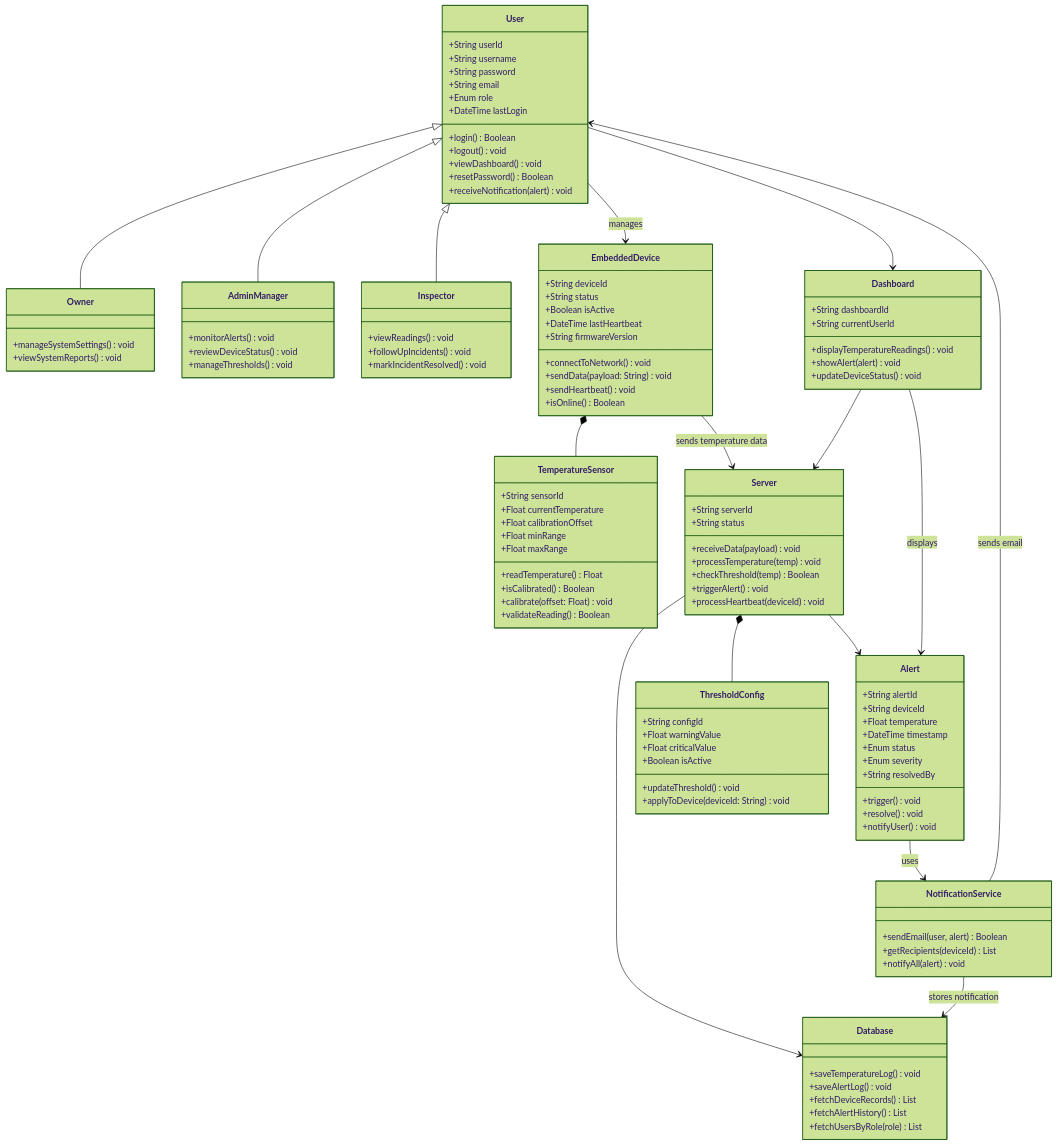
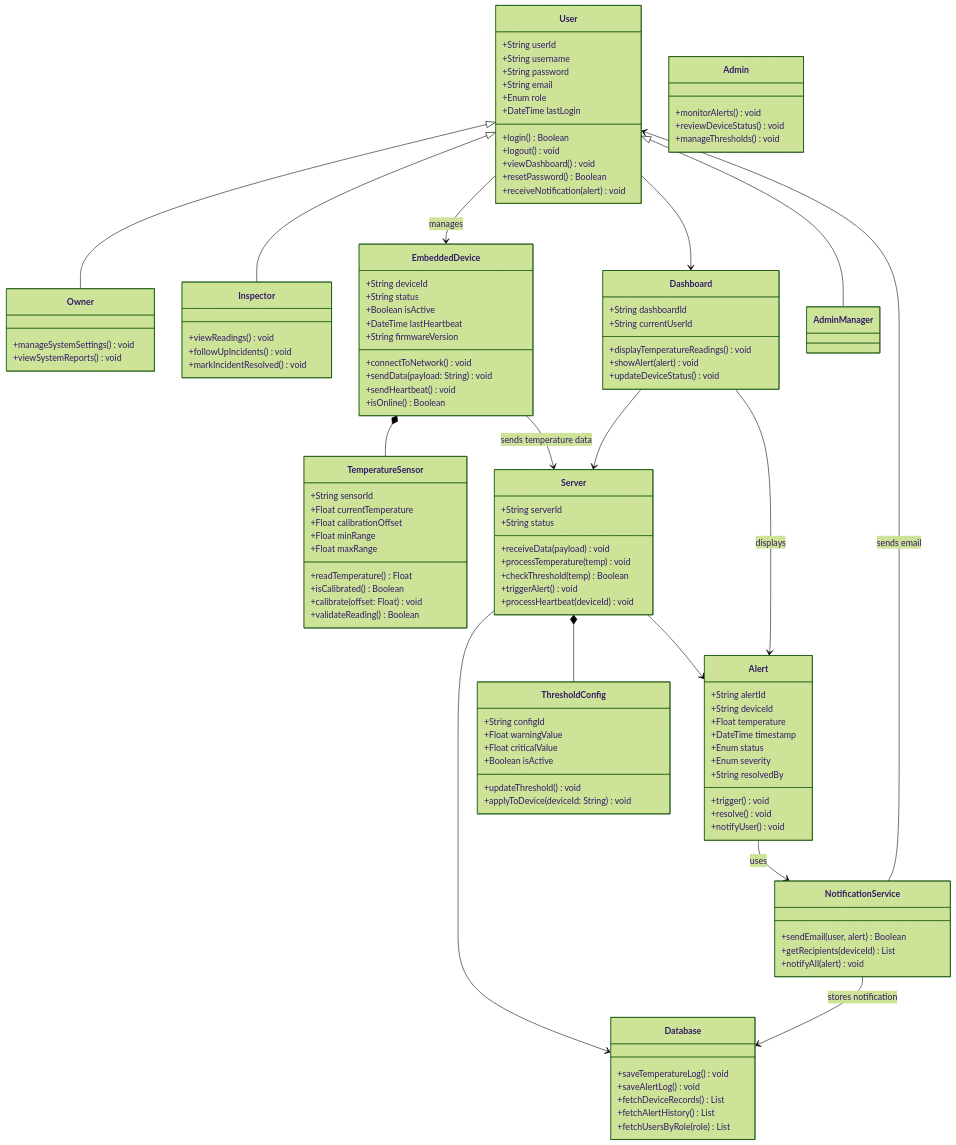
The second of 7 diagrams in Stage 3/Technical Documentation.md (rabea14180-max/Portfolio-Project), drawn with Mermaid (forest theme) before and after one commit.

Commit message:
Rename AdminManager class to Admin

```diff
--- a/Stage 3/Technical Documentation.md
+++ b/Stage 3/Technical Documentation.md
@@ -548,7 +548,7 @@
         +viewSystemReports() void
     }
 
-    class AdminManager {
+    class Admin {
         +monitorAlerts() void
         +reviewDeviceStatus() void
         +manageThresholds() void
```
